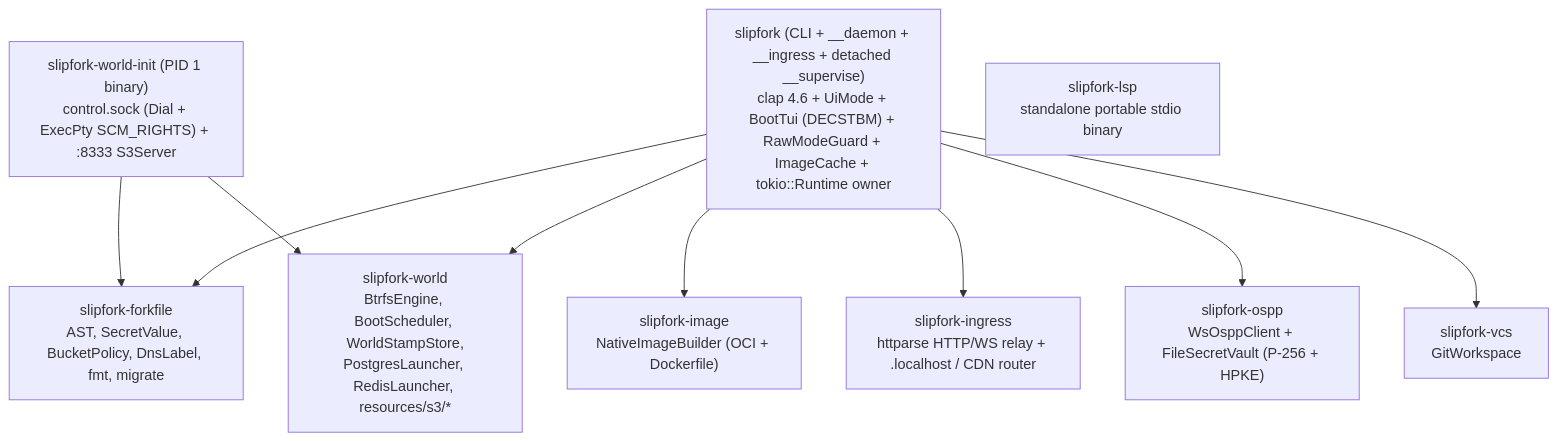
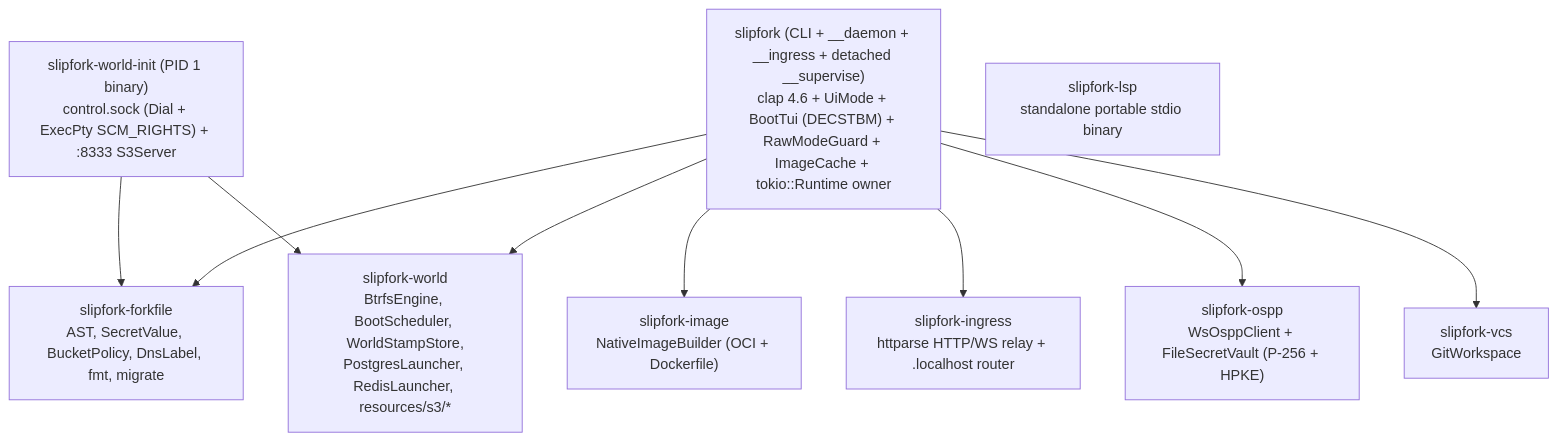
The first of 3 diagrams in ARCHITECTURE.md (OffworldNexus/slipfork), drawn with Mermaid before and after one commit. The commit also changed other lines of this file and 20 other files, not shown here.

````diff
--- a/ARCHITECTURE.md
+++ b/ARCHITECTURE.md
@@ -12,15 +12,15 @@
 ```mermaid
 flowchart TD
   Root["slipfork (CLI + __daemon + __ingress + detached __supervise)<br/>clap 4.6 + UiMode + BootTui (DECSTBM) + RawModeGuard + ImageCache + tokio::Runtime owner"]
   Init["slipfork-world-init (PID 1 binary)<br/>control.sock (Dial + ExecPty SCM_RIGHTS) + :8333 S3Server"]
   FF["slipfork-forkfile<br/>AST, SecretValue, BucketPolicy, DnsLabel, fmt, migrate"]
   World["slipfork-world<br/>BtrfsEngine, BootScheduler, WorldStampStore,<br/>PostgresLauncher, RedisLauncher, resources/s3/*"]
   Image["slipfork-image<br/>NativeImageBuilder (OCI + Dockerfile)"]
-  Ingress["slipfork-ingress<br/>httparse HTTP/WS relay + .localhost / CDN router"]
+  Ingress["slipfork-ingress<br/>httparse HTTP/WS relay + .localhost router"]
   Ospp["slipfork-ospp<br/>WsOsppClient + FileSecretVault (P-256 + HPKE)"]
   Vcs["slipfork-vcs<br/>GitWorkspace"]
   Lsp["slipfork-lsp<br/>standalone portable stdio binary"]
 
   Root --> FF & World & Image & Ingress & Ospp & Vcs
   Init --> World & FF
 ```
````
